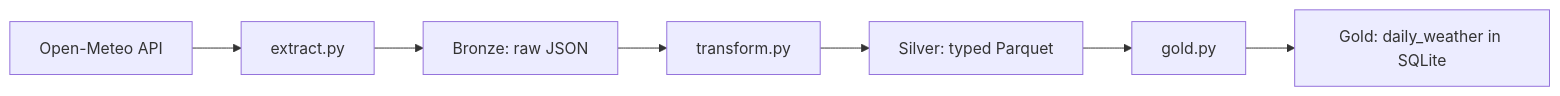
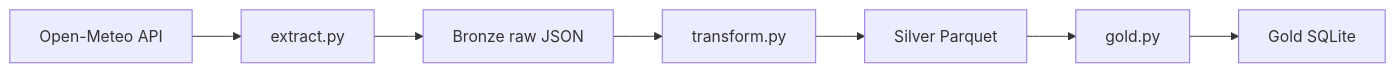
The diagram in README.md (PriyaAgarwal2004/azure-medallion-pipeline), drawn with Mermaid before and after one commit.

Commit message:
Simplify architecture diagram

````diff
--- a/README.md
+++ b/README.md
@@ -9,9 +9,9 @@
 ```mermaid
 flowchart LR
-    A["Open-Meteo API"] --> B["extract.py"]
-    B --> C["Bronze: raw JSON"]
-    C --> D["transform.py"]
-    D --> E["Silver: typed Parquet"]
-    E --> F["gold.py"]
-    F --> G["Gold: daily_weather in SQLite"]
+    A[Open-Meteo API] --> B[extract.py]
+    B --> C[Bronze raw JSON]
+    C --> D[transform.py]
+    D --> E[Silver Parquet]
+    E --> F[gold.py]
+    F --> G[Gold SQLite]
 ```
````
